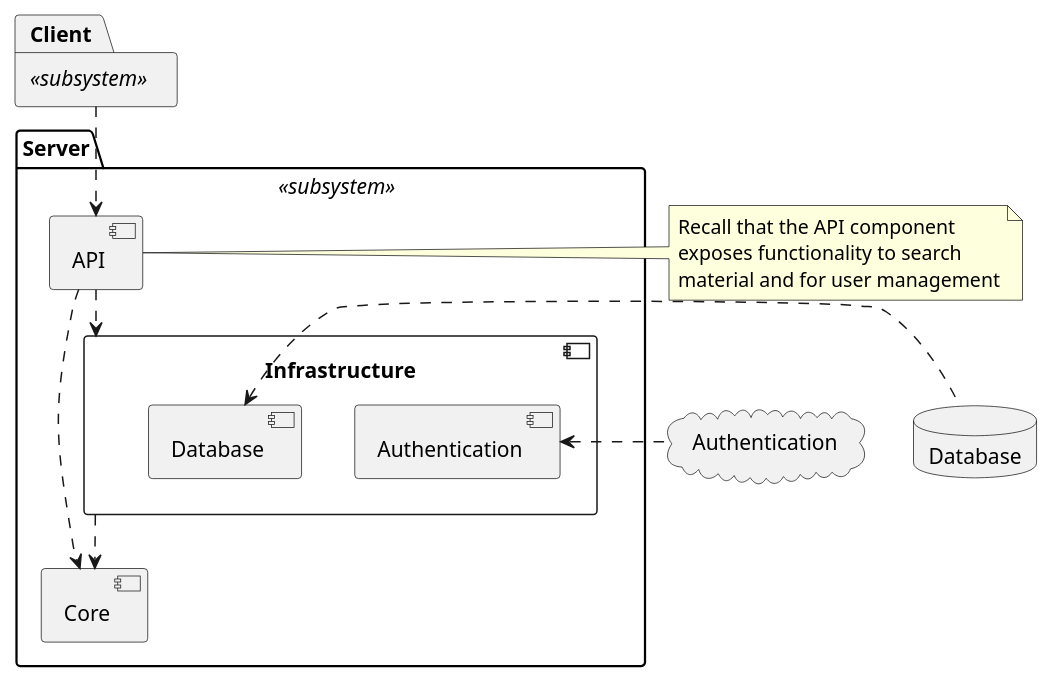
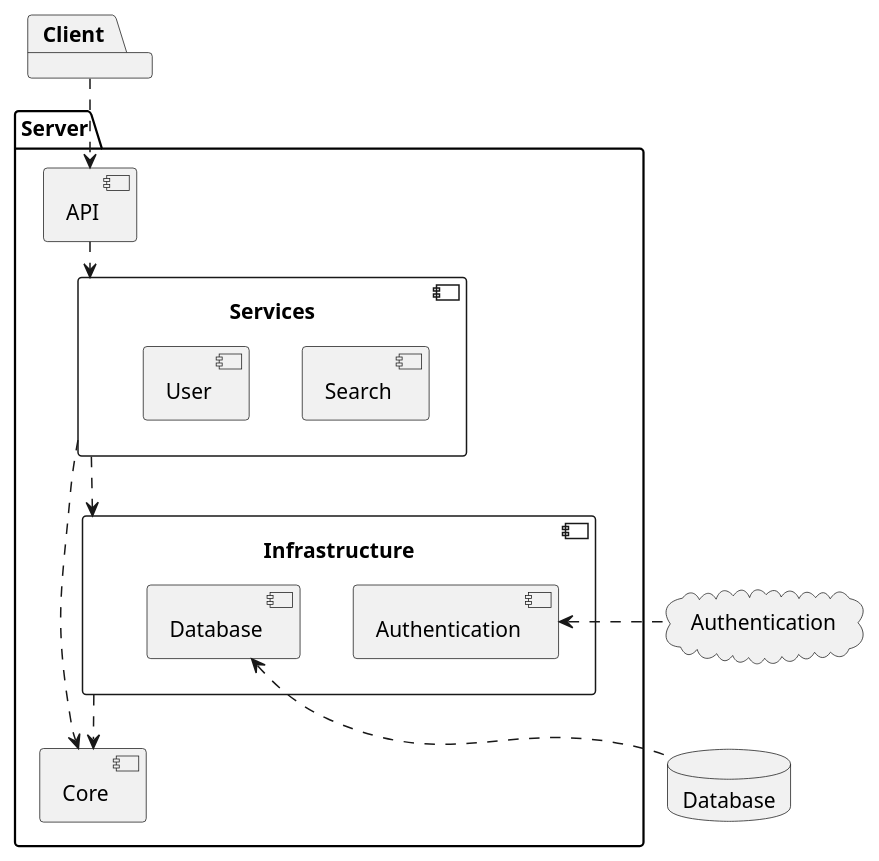
Before and after one commit to toffernator/blueberry: the diagram in docs/uml/subsystem-decomp.puml, drawn with PlantUML.

Commit message:
Add Services Subsystem to Subsystem Decomp

```diff
--- a/docs/uml/subsystem-decomp.puml
+++ b/docs/uml/subsystem-decomp.puml
@@ -1,31 +1,31 @@
 @startuml
 
-package "Client" <<subsystem>>
+package "Client"
 cloud Authentication
 database Database
 
-package "Server" <<subsystem>> {
+package "Server" {
     [Core]
     [API]
     component "Infrastructure" {
         [Database] as InfDb
         [Authentication] as InfAuth
     }
+    component "Services" {
+        [Search]
+        [User]
+    }
 }
 
 Client .down.> API
+
+API ..> Services
+Services ..> Infrastructure
+
 Authentication .left.> InfAuth
-Database .left.> InfDb
-
-API ..> Infrastructure
-API ..> Core
+Database .up.> InfDb
 
 Infrastructure ..> Core
-
-Note left of API
-    Recall that the API component
-    exposes functionality to search
-    material and for user management
-end note
+Services ..> Core
 
 @enduml
```
